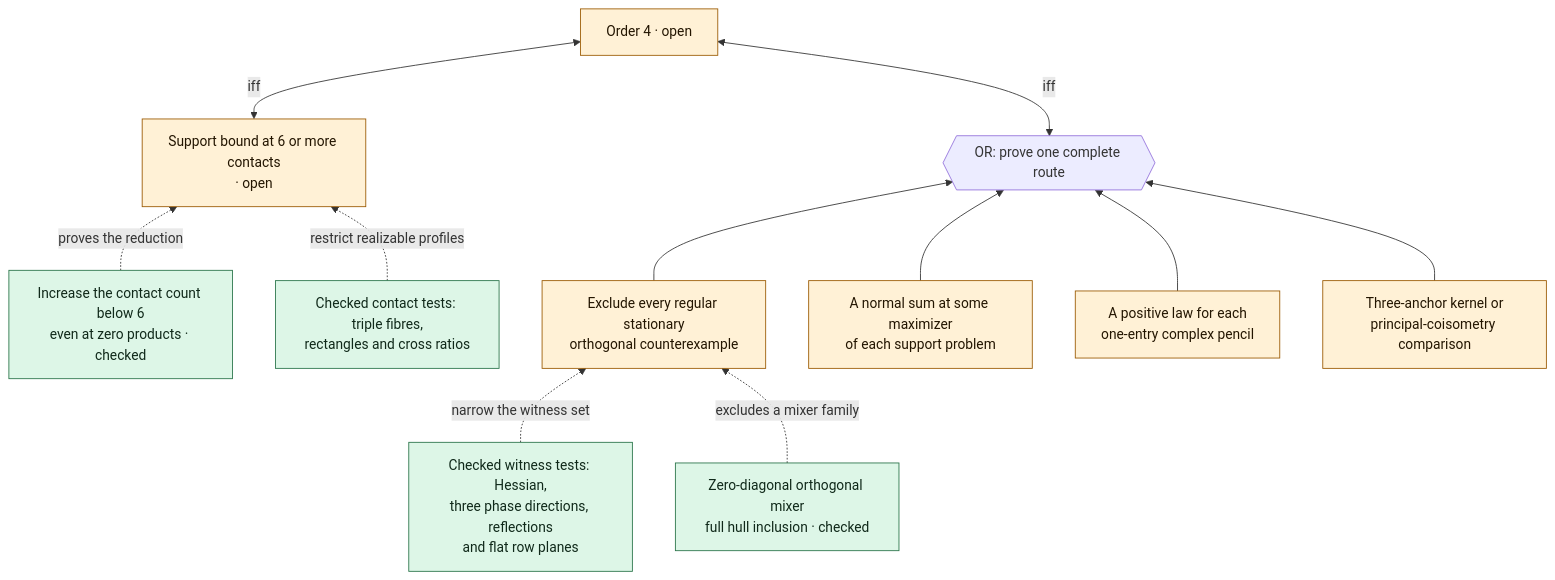
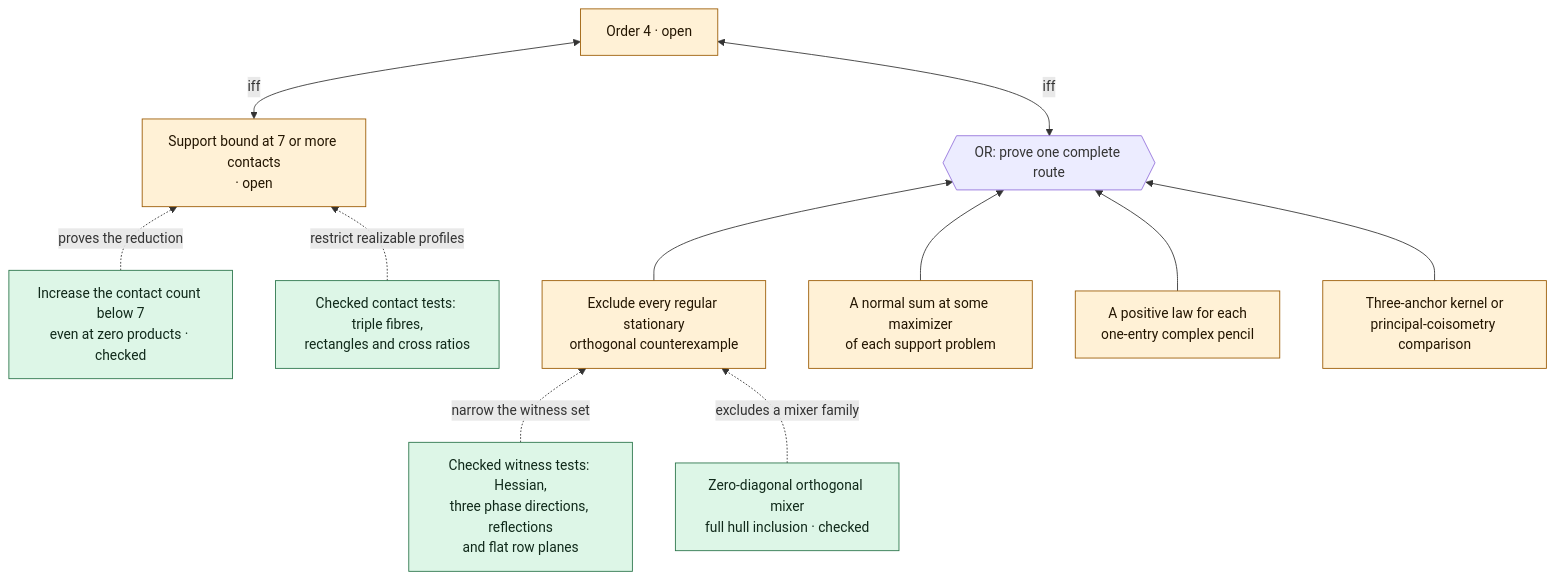
One commit to ascendnoosphere/MOC changed the second of 4 diagrams in Lean/ProofTree.md. Above: the diagram before and after it, drawn with Mermaid. The commit also changed other lines of this file and 24 other files, not shown here.

Commit message:
MOC: prove the sharp varying-gap contact reduction

````diff
--- a/Lean/ProofTree.md
+++ b/Lean/ProofTree.md
@@ -43,26 +43,26 @@
 ```mermaid
 flowchart BT
     FOUR["Order 4 · open"]:::open
     OR4{{"OR: prove one complete route"}}
     WITNESS["Exclude every regular stationary<br/>orthogonal counterexample"]:::open
     NORMAL["A normal sum at some maximizer<br/>of each support problem"]:::open
     PENCIL["A positive law for each<br/>one-entry complex pencil"]:::open
     CHART["Three-anchor kernel or<br/>principal-coisometry comparison"]:::open
-    TRANSFER["Increase the contact count below 6<br/>even at zero products · checked"]:::checked
-    SIX["Support bound at 6 or more contacts<br/>· open"]:::open
+    TRANSFER["Increase the contact count below 7<br/>even at zero products · checked"]:::checked
+    SEVEN["Support bound at 7 or more contacts<br/>· open"]:::open
     TESTS["Checked witness tests: Hessian,<br/>three phase directions, reflections<br/>and flat row planes"]:::checked
     ZERO["Zero-diagonal orthogonal mixer<br/>full hull inclusion · checked"]:::checked
     PHASE["Checked contact tests: triple fibres,<br/>rectangles and cross ratios"]:::checked
     WITNESS --> OR4
     NORMAL --> OR4
     PENCIL --> OR4
     CHART --> OR4
-    TRANSFER -. proves the reduction .-> SIX
-    SIX <-->|iff| FOUR
+    TRANSFER -. proves the reduction .-> SEVEN
+    SEVEN <-->|iff| FOUR
     TESTS -. narrow the witness set .-> WITNESS
     ZERO -. excludes a mixer family .-> WITNESS
-    PHASE -. restrict realizable profiles .-> SIX
+    PHASE -. restrict realizable profiles .-> SEVEN
     OR4 <-->|iff| FOUR
     classDef open fill:#fff1d6,stroke:#9a5900,color:#231500
     classDef checked fill:#ddf6e7,stroke:#287348,color:#10291a
 ```
````
